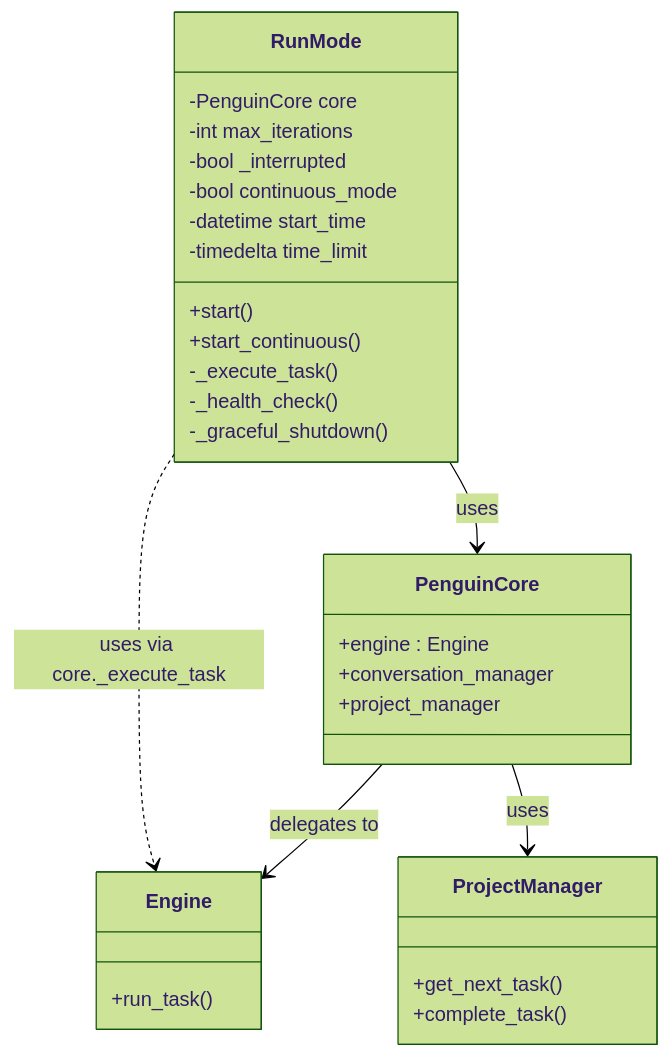
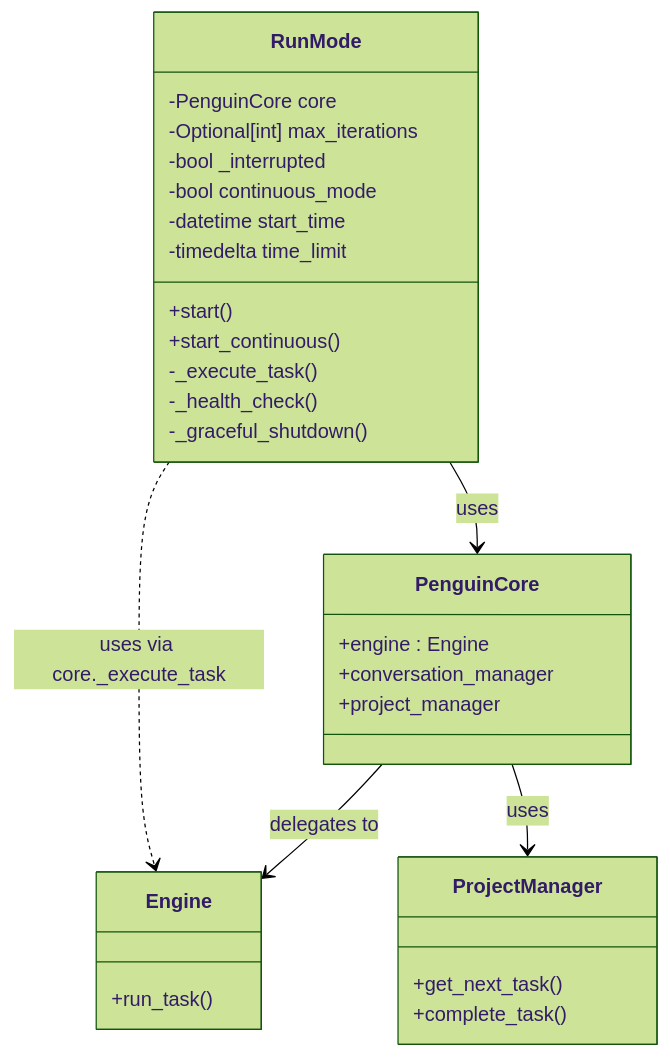
One commit to Maximooch/penguin changed the first of 5 diagrams in docs/docs/system/run-mode.md. Above: the diagram before and after it, drawn with Mermaid (forest theme). The commit also changed other lines of this file and 105 other files, not shown here.

````diff
--- a/docs/docs/system/run-mode.md
+++ b/docs/docs/system/run-mode.md
@@ -13,36 +44,36 @@
 ```mermaid
 classDiagram
     class RunMode {
         -PenguinCore core
-        -int max_iterations
+        -Optional[int] max_iterations
         -bool _interrupted
         -bool continuous_mode
         -datetime start_time
         -timedelta time_limit
         +start()
         +start_continuous()
         -_execute_task()
         -_health_check()
         -_graceful_shutdown()
     }
 
     class Engine {
         +run_task()
     }
 
     class PenguinCore {
         +engine : Engine
         +conversation_manager
         +project_manager
     }
 
     class ProjectManager {
         +get_next_task()
         +complete_task()
     }
 
     RunMode --> PenguinCore : uses
     PenguinCore --> Engine : delegates to
     PenguinCore --> ProjectManager : uses
     RunMode ..> Engine : uses via core._execute_task
 ```
````
